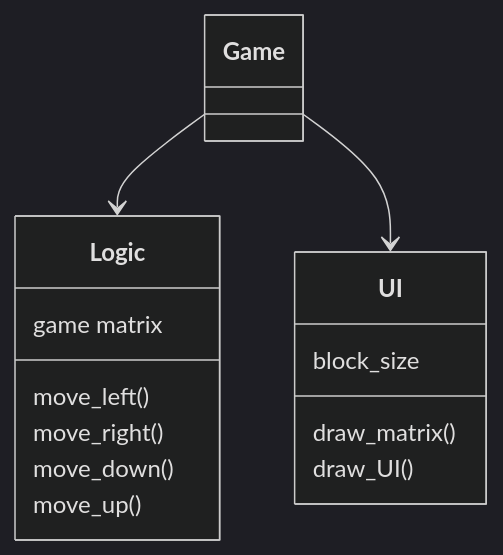
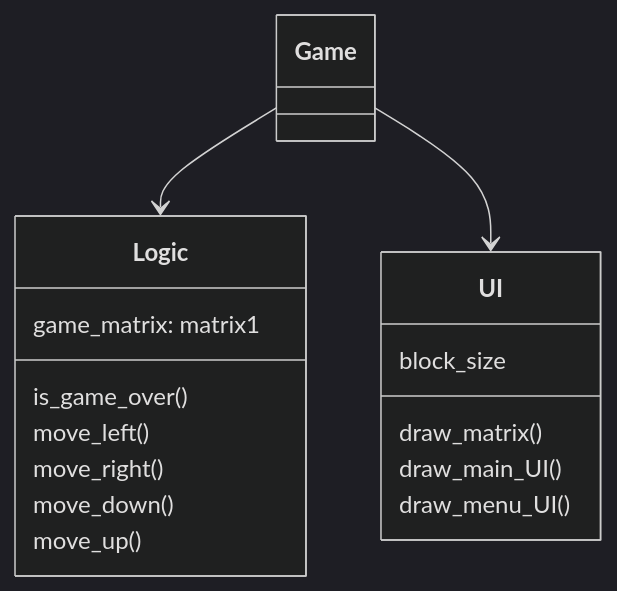
Before and after one commit to Jusq17/ot-harjoitustyo: the diagram in Dokumentaatio/arkkitehtuuri.md, drawn with Mermaid (dark theme).

````diff
--- a/Dokumentaatio/arkkitehtuuri.md
+++ b/Dokumentaatio/arkkitehtuuri.md
@@ -4,26 +4,29 @@
 ```mermaid
 
   classDiagram
   
   Game --> Logic
   Game --> UI
   
   class Game{
   
   }
   
   class Logic{
-    game matrix
+    game_matrix: matrix1
+    
+    is_game_over()
     move_left()
     move_right()
     move_down()
     move_up()
   }
   
   class UI{
     block_size
     draw_matrix()
-    draw_UI()
+    draw_main_UI()
+    draw_menu_UI()
   }
 
 ```
````
